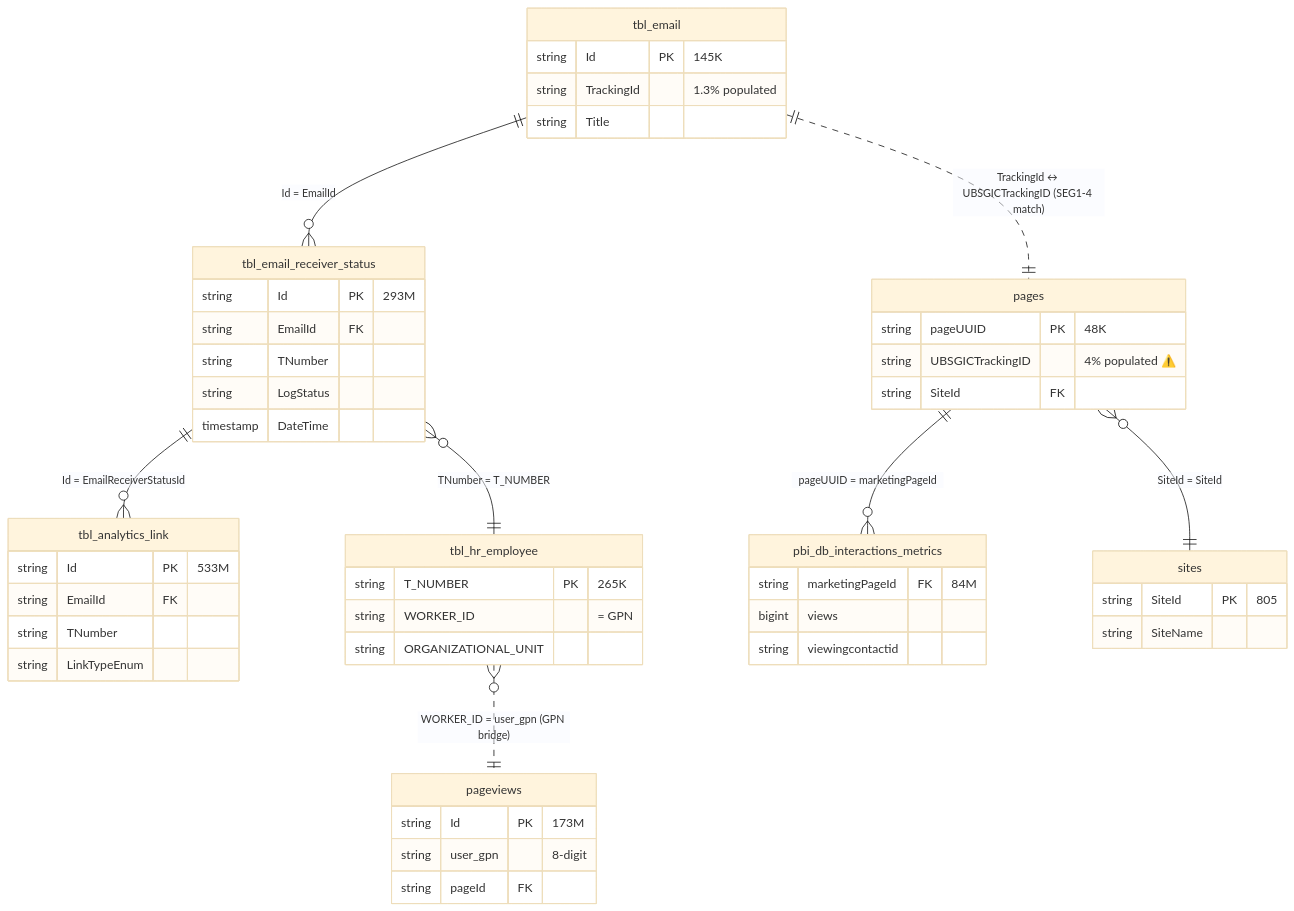
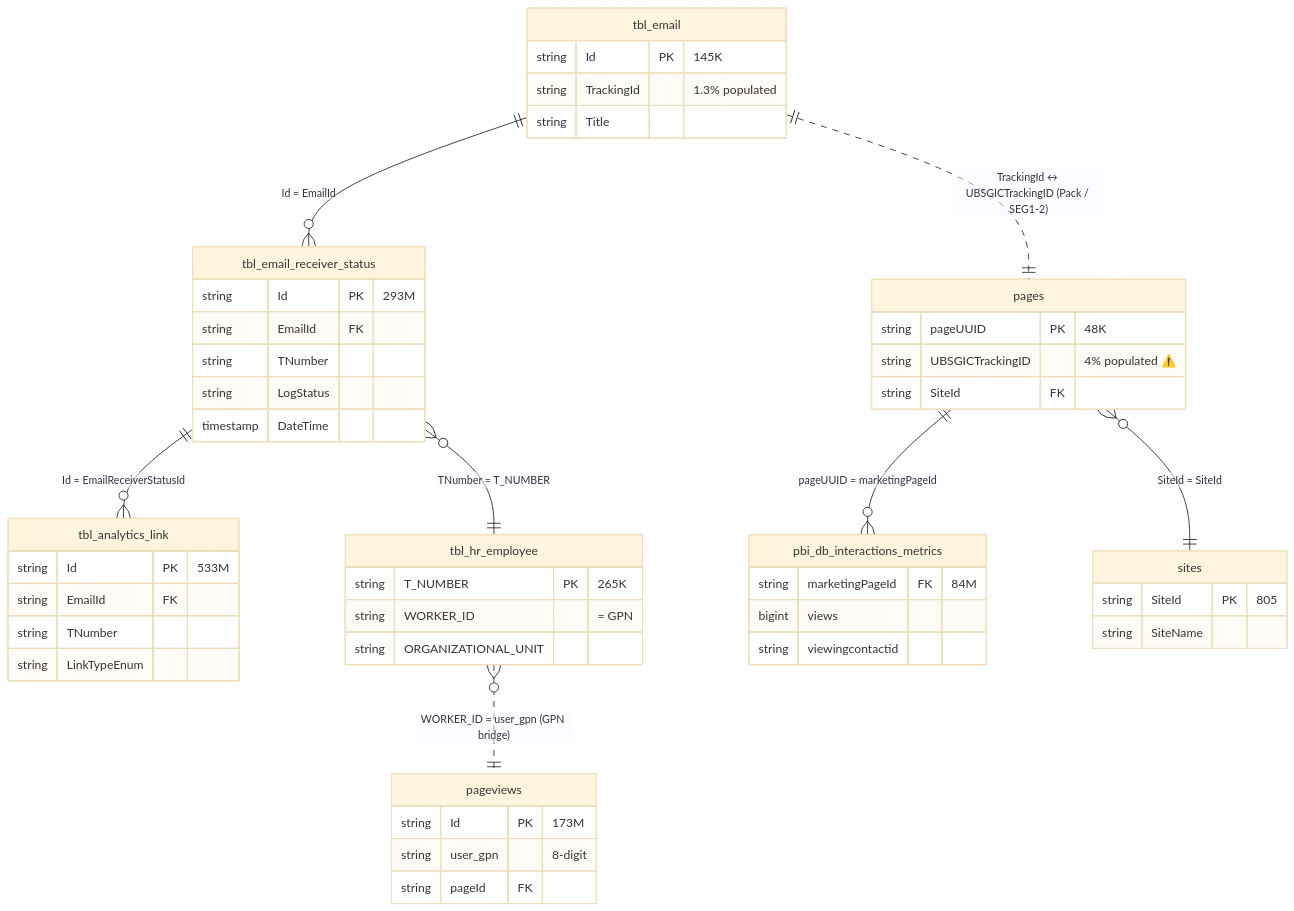
One commit to dallmi/Databricks changed the first of 2 diagrams in docs/diagrams/er_cross_channel.md. Above: the diagram before and after it, drawn with Mermaid (base theme). The commit also changed other lines of this file and 55 other files, not shown here.

First line of the commit message:
Refine docs — Pack-level match, source index, drop frequencies/PII

````diff
--- a/docs/diagrams/er_cross_channel.md
+++ b/docs/diagrams/er_cross_channel.md
@@ -9,53 +9,53 @@
 ```mermaid
 erDiagram
-    tbl_email                 ||..|| pages                         : "TrackingId ↔ UBSGICTrackingID (SEG1-4 match)"
+    tbl_email                 ||..|| pages                         : "TrackingId ↔ UBSGICTrackingID (Pack / SEG1-2)"
     tbl_email                 ||--o{ tbl_email_receiver_status     : "Id = EmailId"
     tbl_email_receiver_status ||--o{ tbl_analytics_link            : "Id = EmailReceiverStatusId"
     tbl_email_receiver_status }o--|| tbl_hr_employee               : "TNumber = T_NUMBER"
     tbl_hr_employee           }o..|| pageviews                     : "WORKER_ID = user_gpn (GPN bridge)"
     pages                     ||--o{ pbi_db_interactions_metrics   : "pageUUID = marketingPageId"
     pages                     }o--|| sites                         : "SiteId = SiteId"
 
     tbl_email {
         string Id PK "145K"
         string TrackingId "1.3% populated"
         string Title
     }
     tbl_email_receiver_status {
         string Id PK "293M"
         string EmailId FK
         string TNumber
         string LogStatus
         timestamp DateTime
     }
     tbl_analytics_link {
         string Id PK "533M"
         string EmailId FK
         string TNumber
         string LinkTypeEnum
     }
     tbl_hr_employee {
         string T_NUMBER PK "265K"
         string WORKER_ID "= GPN"
         string ORGANIZATIONAL_UNIT
     }
     pages {
         string pageUUID PK "48K"
         string UBSGICTrackingID "4% populated ⚠️"
         string SiteId FK
     }
     pageviews {
         string Id PK "173M"
         string user_gpn "8-digit"
         string pageId FK
     }
     pbi_db_interactions_metrics {
         string marketingPageId FK "84M"
         bigint views
         string viewingcontactid
     }
     sites {
         string SiteId PK "805"
         string SiteName
     }
 ```
````
